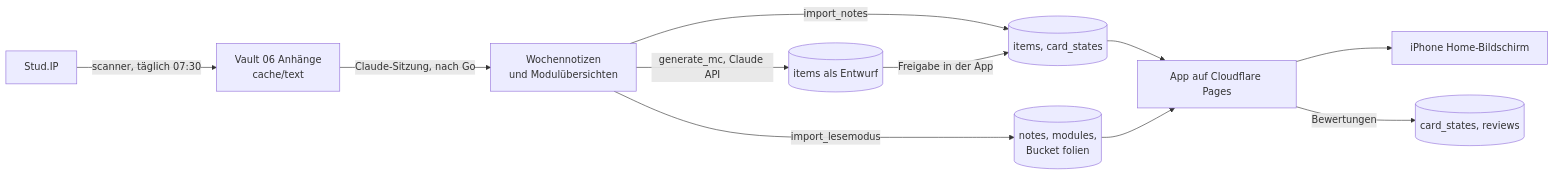
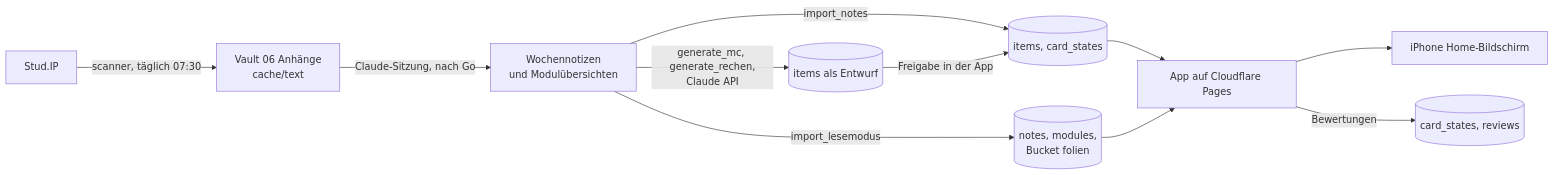
The diagram in README.md (Gerhard-Wilhelm/StudHack), drawn with Mermaid before and after one commit. The commit also changed other lines of this file and 19 other files, not shown here.

````diff
--- a/README.md
+++ b/README.md
@@ -11,13 +11,13 @@
 ```mermaid
 flowchart LR
   S[Stud.IP] -->|scanner, täglich 07:30| A[Vault 06 Anhänge<br/>cache/text]
   A -->|Claude-Sitzung, nach Go| N[Wochennotizen<br/>und Modulübersichten]
   N -->|import_notes| I[(items, card_states)]
   N -->|import_lesemodus| L[(notes, modules,<br/>Bucket folien)]
-  N -->|generate_mc, Claude API| E[(items als Entwurf)]
+  N -->|generate_mc, generate_rechen,<br/>Claude API| E[(items als Entwurf)]
   E -->|Freigabe in der App| I
   I --> P[App auf Cloudflare Pages]
   L --> P
   P --> H[iPhone Home-Bildschirm]
   P -->|Bewertungen| R[(card_states, reviews)]
 ```
````
